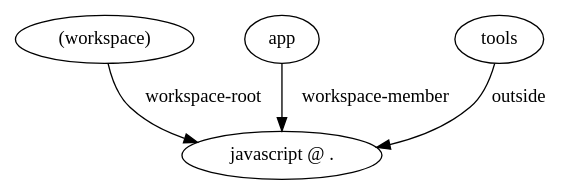
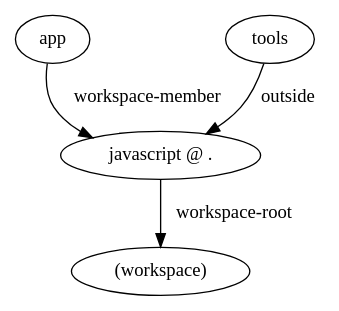
One commit to moonrepo/moon changed the diagram in website/docs/commands/layout-graph.mdx. Above: the diagram before and after it, drawn with Graphviz. The commit also changed other lines of this file and 5 other files, not shown here.

First line of the commit message:
fix: Link a layout graph root to the workspace that contains it.

````diff
--- a/website/docs/commands/layout-graph.mdx
+++ b/website/docs/commands/layout-graph.mdx
@@ -63,11 +64,11 @@
 ```dot
 digraph {
     0 [ label="(workspace)"]
     1 [ label="javascript @ ."]
     2 [ label="app"]
     3 [ label="tools"]
-    0 -> 1 [ label="workspace-root"]
+    1 -> 0 [ label="workspace-root"]
     2 -> 1 [ label="workspace-member"]
     3 -> 1 [ label="outside"]
 }
 ```
````
